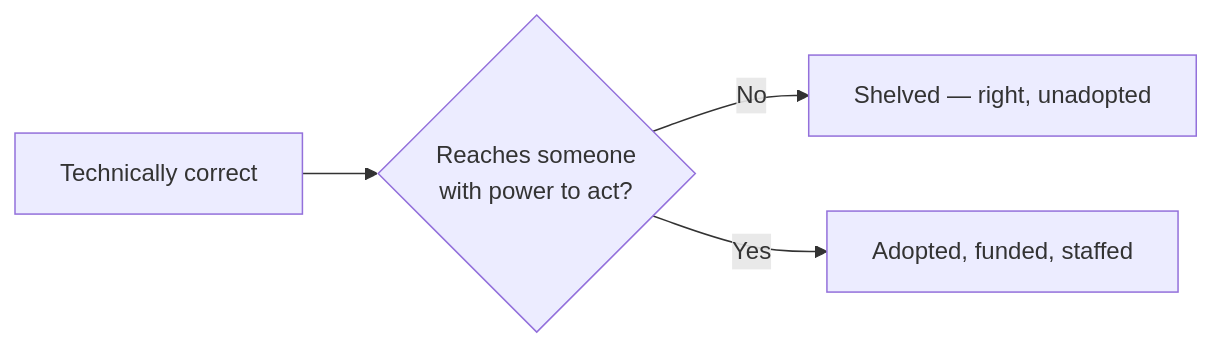
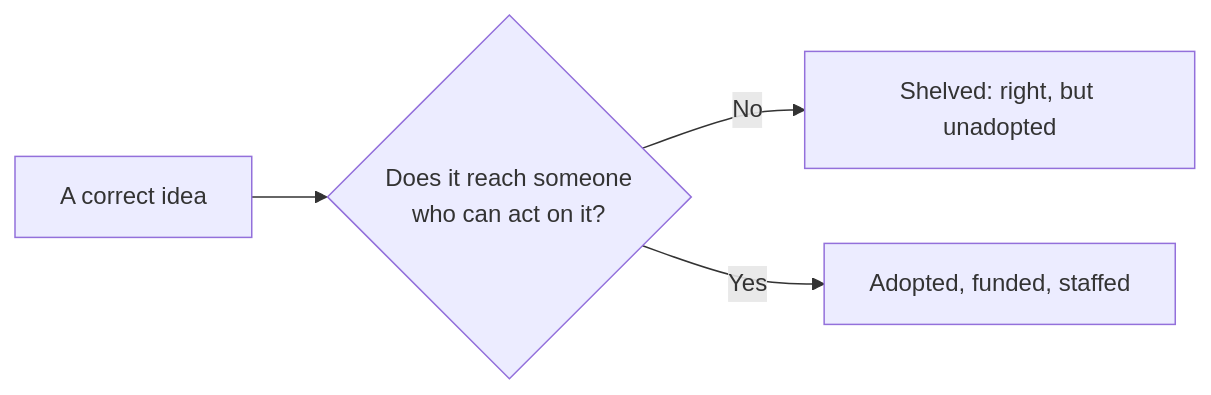
One commit to francoandreDev/knowledge changed the diagram in src/content/corporate-politics/power-real-resource/L1-summary.mdx. Above: the diagram before and after it, drawn with Mermaid. The commit also changed other lines of this file and 3 other files, not shown here.

````diff
--- a/src/content/corporate-politics/power-real-resource/L1-summary.mdx
+++ b/src/content/corporate-politics/power-real-resource/L1-summary.mdx
@@ -54,6 +73,6 @@
 ```mermaid
 flowchart LR
-    Correct["Technically correct"] --> Gate{"Reaches someone\nwith power to act?"}
-    Gate -- "No" --> Shelved["Shelved — right, unadopted"]
+    Idea["A correct idea"] --> Gate{"Does it reach someone\nwho can act on it?"}
+    Gate -- "No" --> Shelved["Shelved: right, but unadopted"]
     Gate -- "Yes" --> Adopted["Adopted, funded, staffed"]
 ```
````
